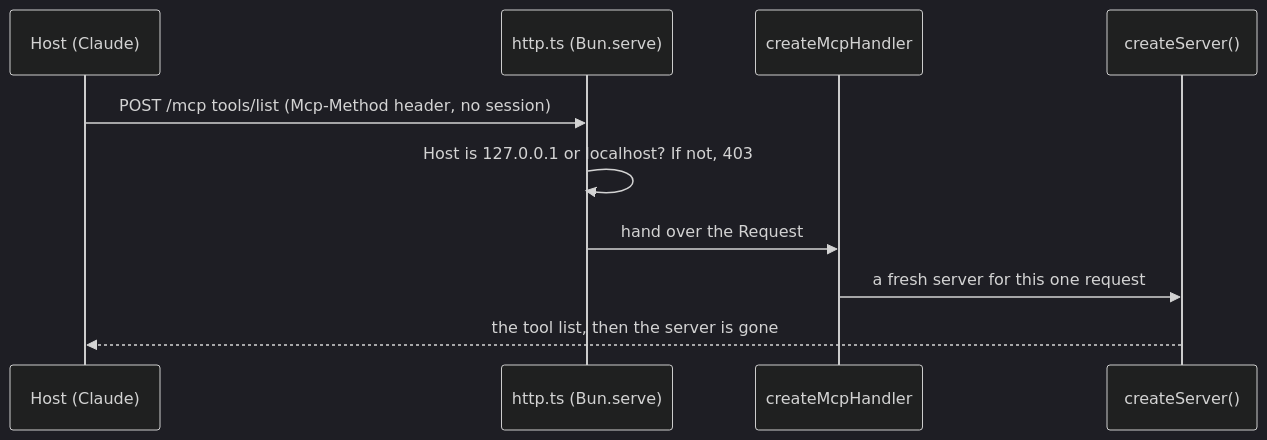
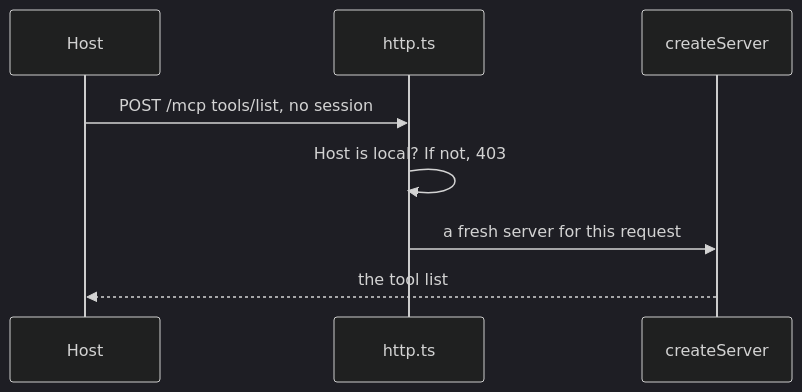
The diagram in parts/03-open-the-server-safely/01-serve-over-http/problem/README.md (learnwithparam/mcp-workshop), drawn with Mermaid (dark theme) before and after one commit. The commit also changed other lines of this file and 153 other files, not shown here.

````diff
--- a/parts/03-open-the-server-safely/01-serve-over-http/problem/README.md
+++ b/parts/03-open-the-server-safely/01-serve-over-http/problem/README.md
@@ -15,12 +7,10 @@
 ```mermaid
 sequenceDiagram
-  participant H as Host (Claude)
-  participant B as http.ts (Bun.serve)
-  participant M as createMcpHandler
-  participant S as createServer()
-  H->>B: POST /mcp  tools/list  (Mcp-Method header, no session)
-  B->>B: Host is 127.0.0.1 or localhost? If not, 403
-  B->>M: hand over the Request
-  M->>S: a fresh server for this one request
-  S-->>H: the tool list, then the server is gone
+  participant H as Host
+  participant B as http.ts
+  participant S as createServer
+  H->>B: POST /mcp tools/list, no session
+  B->>B: Host is local? If not, 403
+  B->>S: a fresh server for this request
+  S-->>H: the tool list
 ```
````
